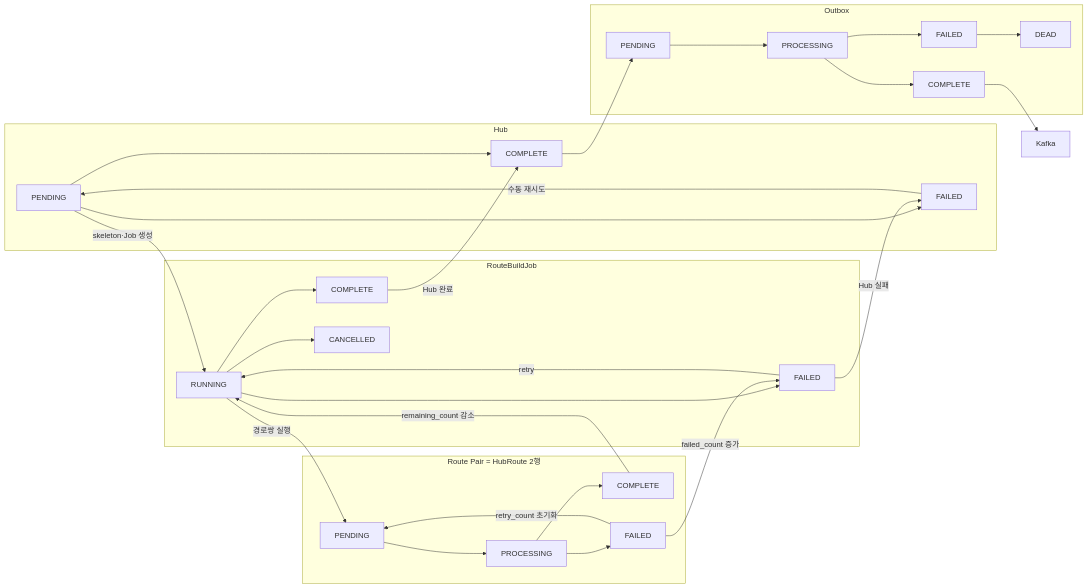
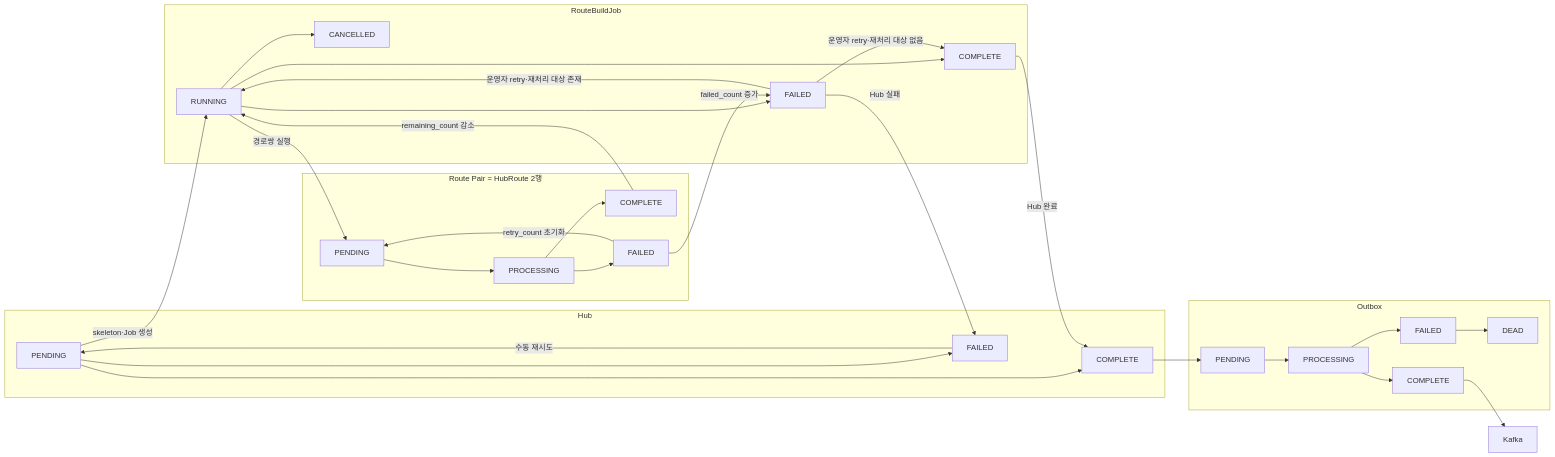
Before and after one commit to jumun-personal/hub: the sixth of 7 diagrams in docs/hub-route-job-pipeline.md, drawn with Mermaid. The commit also changed other lines of this file and 2 other files, not shown here.

````diff
--- a/docs/hub-route-job-pipeline.md
+++ b/docs/hub-route-job-pipeline.md
@@ -153,37 +164,38 @@
 ```mermaid
 flowchart LR
     subgraph H["Hub"]
         HP["PENDING"] --> HC["COMPLETE"]
         HP --> HF["FAILED"]
         HF -->|"수동 재시도"| HP
     end
 
     subgraph J["RouteBuildJob"]
         JW["RUNNING"]
         JW --> JC["COMPLETE"]
         JW --> JF["FAILED"]
-        JF -->|"retry"| JW
+        JF -->|"운영자 retry·재처리 대상 존재"| JW
+        JF -->|"운영자 retry·재처리 대상 없음"| JC
         JW --> JX["CANCELLED"]
     end
 
     subgraph R["Route Pair = HubRoute 2행"]
         RP["PENDING"] --> RX["PROCESSING"] --> RC["COMPLETE"]
         RX --> RF["FAILED"]
         RF -->|"retry_count 초기화"| RP
     end
 
     subgraph O["Outbox"]
         OP["PENDING"] --> OX["PROCESSING"] --> OC["COMPLETE"]
         OX --> OF["FAILED"] --> OD["DEAD"]
     end
     Kafka["Kafka"]
 
     HP -->|"skeleton·Job 생성"| JW
     JW -->|"경로쌍 실행"| RP
     RC -->|"remaining_count 감소"| JW
     RF -->|"failed_count 증가"| JF
     JF -->|"Hub 실패"| HF
     JC -->|"Hub 완료"| HC
     HC --> OP
     OC --> Kafka
 ```
````
